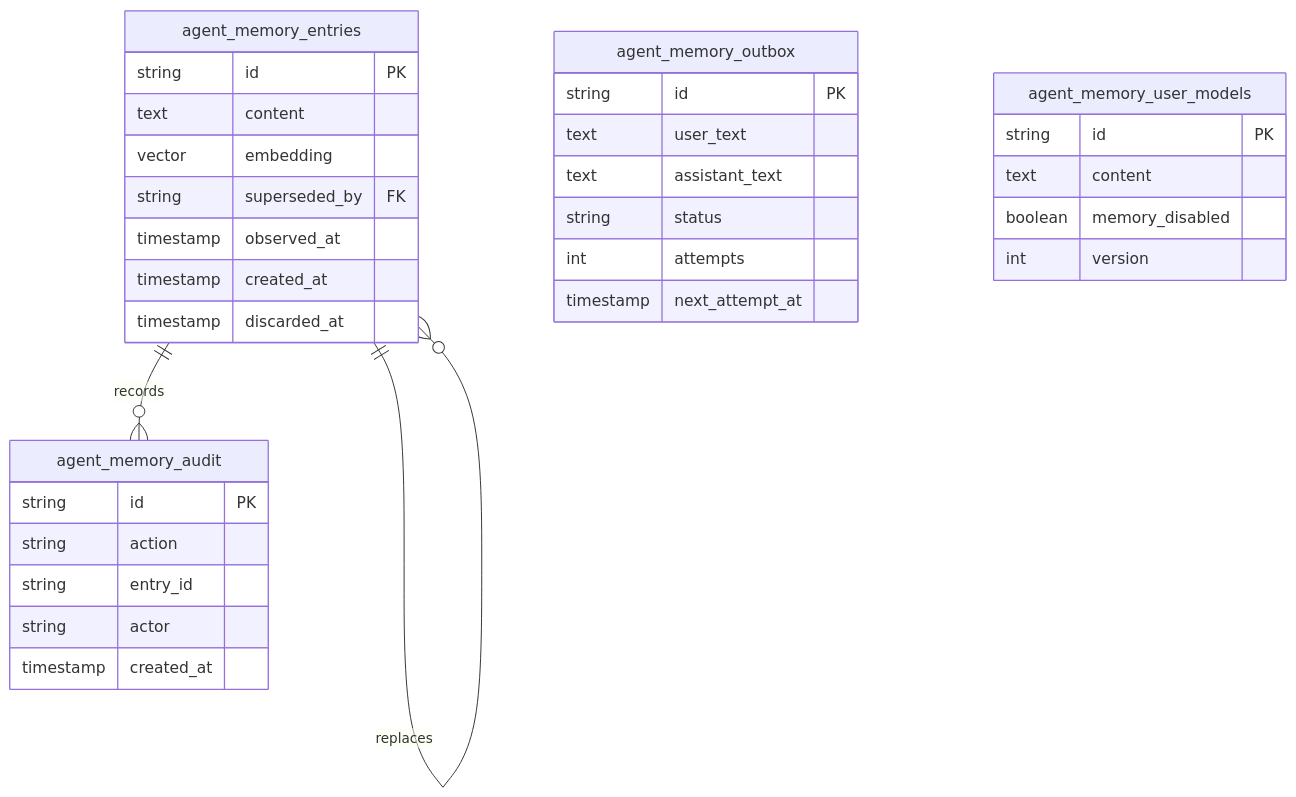
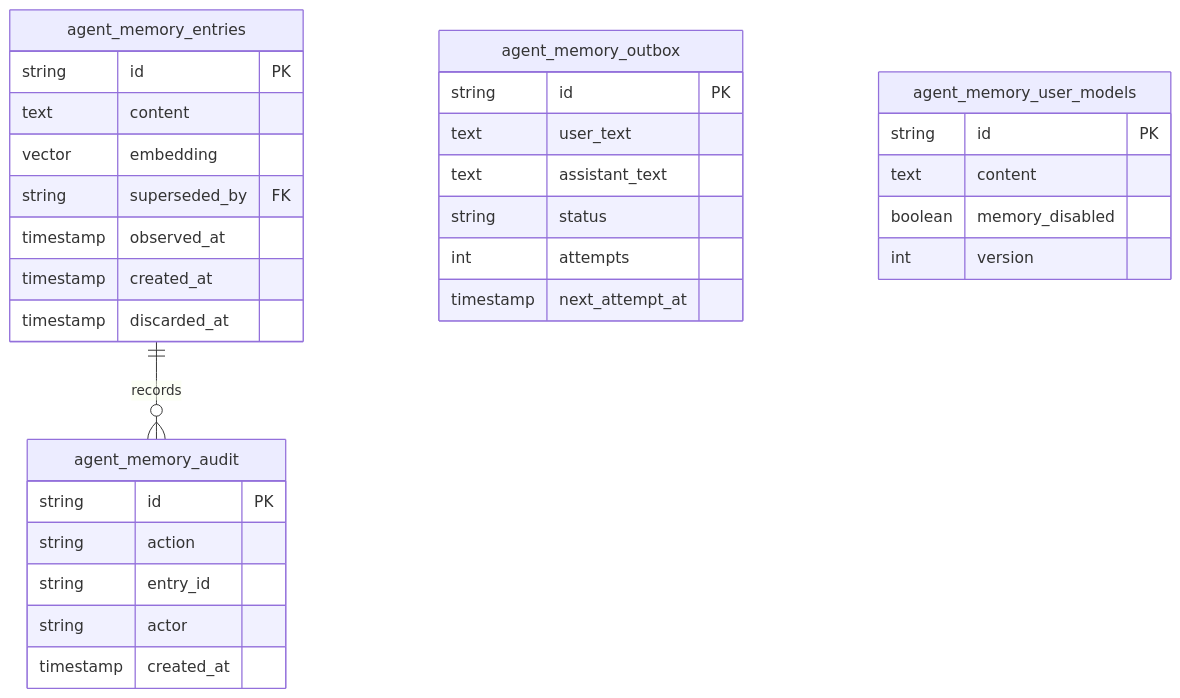
The sixth of 10 diagrams in docs/agent-memory/ARCHITECTURE.md (ap05-epic/agent-memory-prototype), drawn with Mermaid before and after one commit. The commit also changed other lines of this file, not shown here.

First line of the commit message:
Diagrams: render-verified and four layout fixes

````diff
--- a/docs/agent-memory/ARCHITECTURE.md
+++ b/docs/agent-memory/ARCHITECTURE.md
@@ -170,36 +168,35 @@
 ```mermaid
 erDiagram
-    agent_memory_entries ||--o{ agent_memory_entries : replaces
     agent_memory_entries ||--o{ agent_memory_audit : records
 
     agent_memory_entries {
         string id PK
         text content
         vector embedding
         string superseded_by FK
         timestamp observed_at
         timestamp created_at
         timestamp discarded_at
     }
     agent_memory_outbox {
         string id PK
         text user_text
         text assistant_text
         string status
         int attempts
         timestamp next_attempt_at
     }
     agent_memory_audit {
         string id PK
         string action
         string entry_id
         string actor
         timestamp created_at
     }
     agent_memory_user_models {
         string id PK
         text content
         boolean memory_disabled
         int version
     }
 ```
````
